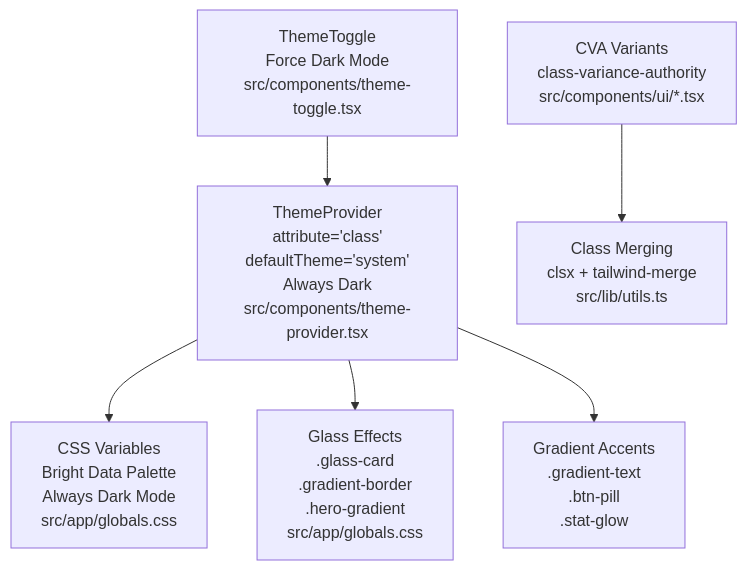
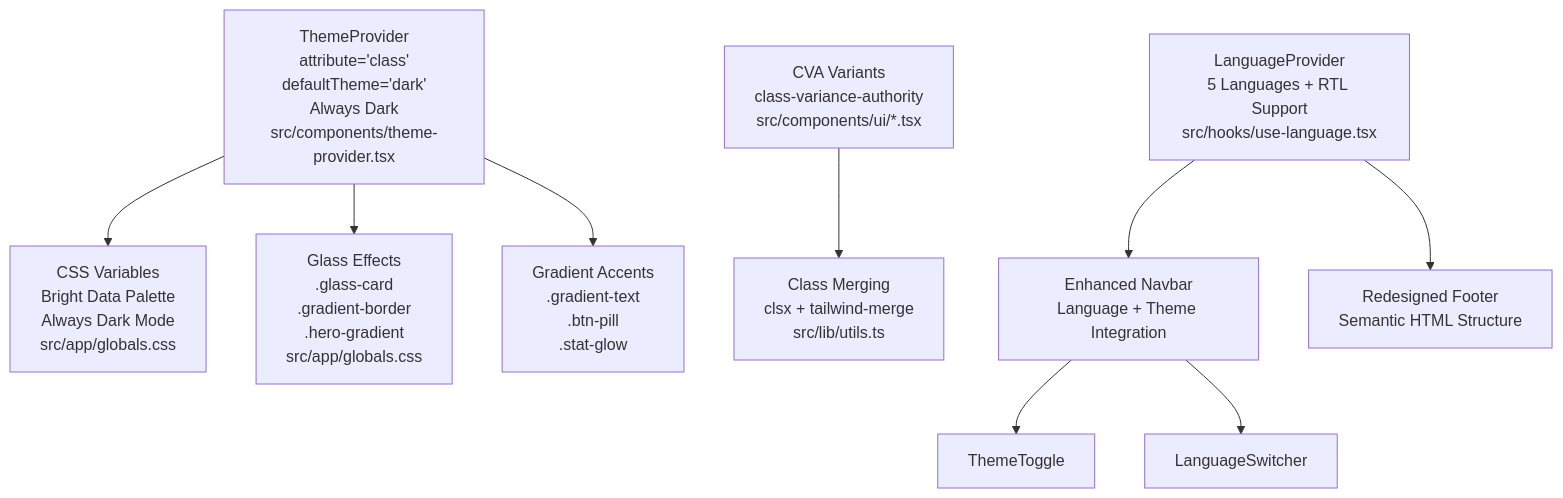
One commit to alikizang/datafrica changed the second of 8 diagrams in .qoder/repowiki/en/content/UI Components/UI Components.md. Above: the diagram before and after it, drawn with Mermaid. The commit also changed other lines of this file and 21 other files, not shown here.

````diff
--- a/.qoder/repowiki/en/content/UI Components/UI Components.md
+++ b/.qoder/repowiki/en/content/UI Components/UI Components.md
@@ -196,15 +193,20 @@
 ```mermaid
 graph TB
 CSSVars["CSS Variables<br/>Bright Data Palette<br/>Always Dark Mode<br/>src/app/globals.css"]
-ThemeProvider["ThemeProvider<br/>attribute='class'<br/>defaultTheme='system'<br/>Always Dark<br/>src/components/theme-provider.tsx"]
-ThemeToggle["ThemeToggle<br/>Force Dark Mode<br/>src/components/theme-toggle.tsx"]
+ThemeProvider["ThemeProvider<br/>attribute='class'<br/>defaultTheme='dark'<br/>Always Dark<br/>src/components/theme-provider.tsx"]
+LanguageProvider["LanguageProvider<br/>5 Languages + RTL Support<br/>src/hooks/use-language.tsx"]
 GlassEffects["Glass Effects<br/>.glass-card<br/>.gradient-border<br/>.hero-gradient<br/>src/app/globals.css"]
 GradientAccents["Gradient Accents<br/>.gradient-text<br/>.btn-pill<br/>.stat-glow"]
 CVA["CVA Variants<br/>class-variance-authority<br/>src/components/ui/*.tsx"]
 CLX["Class Merging<br/>clsx + tailwind-merge<br/>src/lib/utils.ts"]
+Navbar["Enhanced Navbar<br/>Language + Theme Integration"]
+Footer["Redesigned Footer<br/>Semantic HTML Structure"]
 ThemeProvider --> CSSVars
-ThemeToggle --> ThemeProvider
+LanguageProvider --> Navbar
+LanguageProvider --> Footer
 ThemeProvider --> GlassEffects
 ThemeProvider --> GradientAccents
 CVA --> CLX
+Navbar --> ThemeToggle
+Navbar --> LanguageSwitcher
 ```
````
